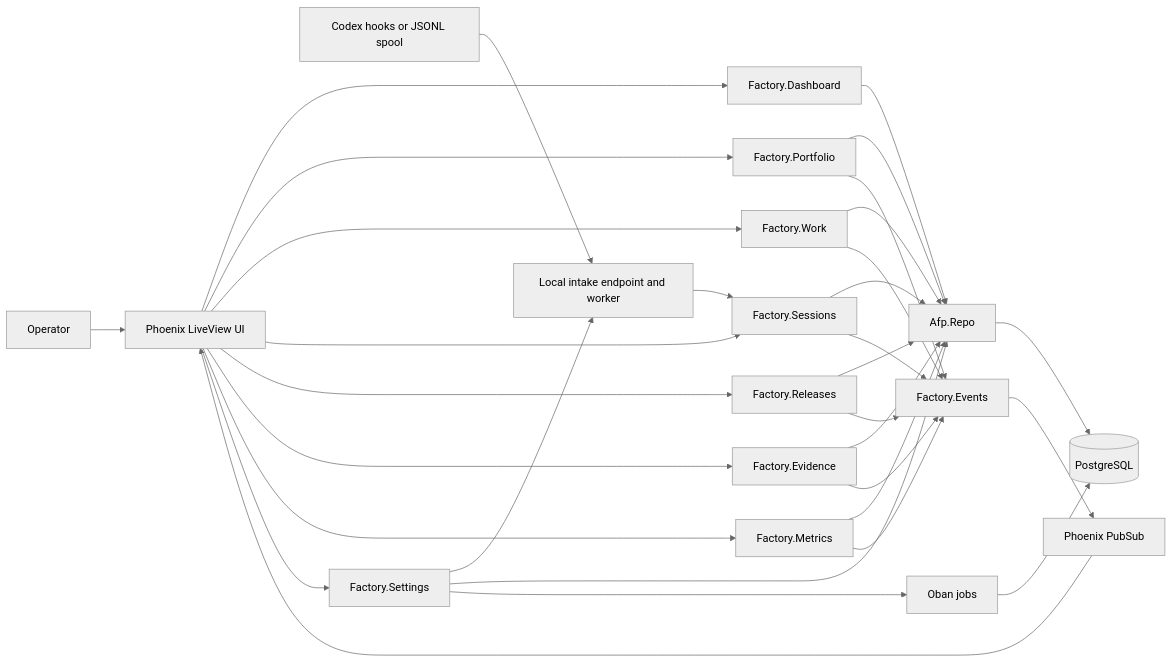
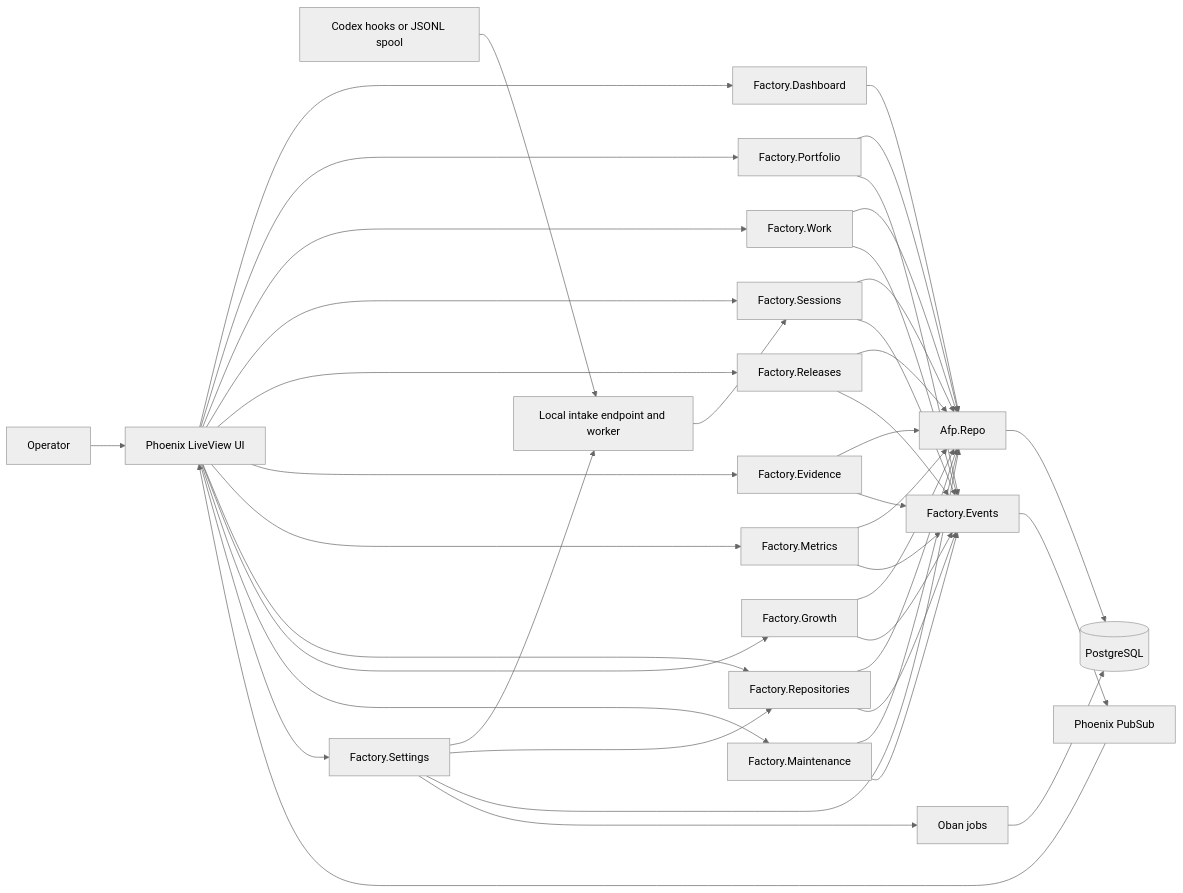
One commit to iiiyu/afp changed the second of 3 diagrams in README.md. Above: the diagram before and after it, drawn with Mermaid (neutral theme). The commit also changed other lines of this file and 35 other files, not shown here.

````diff
--- a/README.md
+++ b/README.md
@@ -99,40 +102,50 @@
 ```mermaid
 flowchart LR
     Operator["Operator"] --> UI["Phoenix LiveView UI"]
     Codex["Codex hooks or JSONL spool"] --> Intake["Local intake endpoint and worker"]
 
     UI --> Dashboard["Factory.Dashboard"]
     UI --> Portfolio["Factory.Portfolio"]
     UI --> Work["Factory.Work"]
     UI --> Sessions["Factory.Sessions"]
     UI --> Releases["Factory.Releases"]
     UI --> Evidence["Factory.Evidence"]
     UI --> Metrics["Factory.Metrics"]
+    UI --> Repositories["Factory.Repositories"]
+    UI --> Growth["Factory.Growth"]
+    UI --> Maintenance["Factory.Maintenance"]
     UI --> Settings["Factory.Settings"]
 
     Intake --> Sessions
     Settings --> Intake
+    Settings --> Repositories
 
     Dashboard --> Repo["Afp.Repo"]
     Portfolio --> Repo
     Work --> Repo
     Sessions --> Repo
     Releases --> Repo
     Evidence --> Repo
     Metrics --> Repo
+    Repositories --> Repo
+    Growth --> Repo
+    Maintenance --> Repo
     Settings --> Repo
 
     Work --> Events["Factory.Events"]
     Sessions --> Events
     Releases --> Events
     Evidence --> Events
     Portfolio --> Events
     Metrics --> Events
+    Repositories --> Events
+    Growth --> Events
+    Maintenance --> Events
 
     Events --> PubSub["Phoenix PubSub"]
     PubSub --> UI
 
     Repo --> DB[("PostgreSQL")]
     Settings --> Oban["Oban jobs"]
     Oban --> DB
 ```
````
